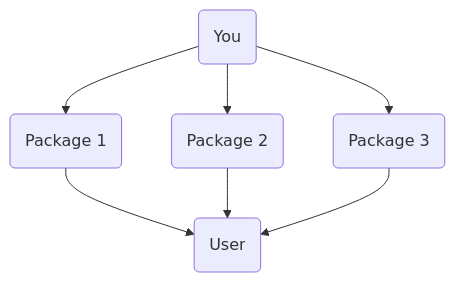
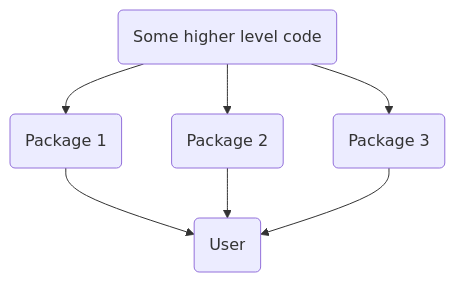
One commit to hoangbv15/my-notes changed the third of 11 diagrams in software-dev/DDD.md. Above: the diagram before and after it, drawn with Mermaid. The commit also changed other lines of this file, not shown here.

````diff
--- a/software-dev/DDD.md
+++ b/software-dev/DDD.md
@@ -87,16 +89,16 @@
 ```mermaid
 flowchart TD
-  Y("You")
+  S("Some higher level code")
   U("User")
   P1("Package 1")
   P2("Package 2")
   P3("Package 3")
 
   P1 --> U
   P2 --> U
   P3 --> U
 
-  Y --> P1
-  Y --> P2
-  Y --> P3
+  S --> P1
+  S --> P2
+  S --> P3
 ```
````
